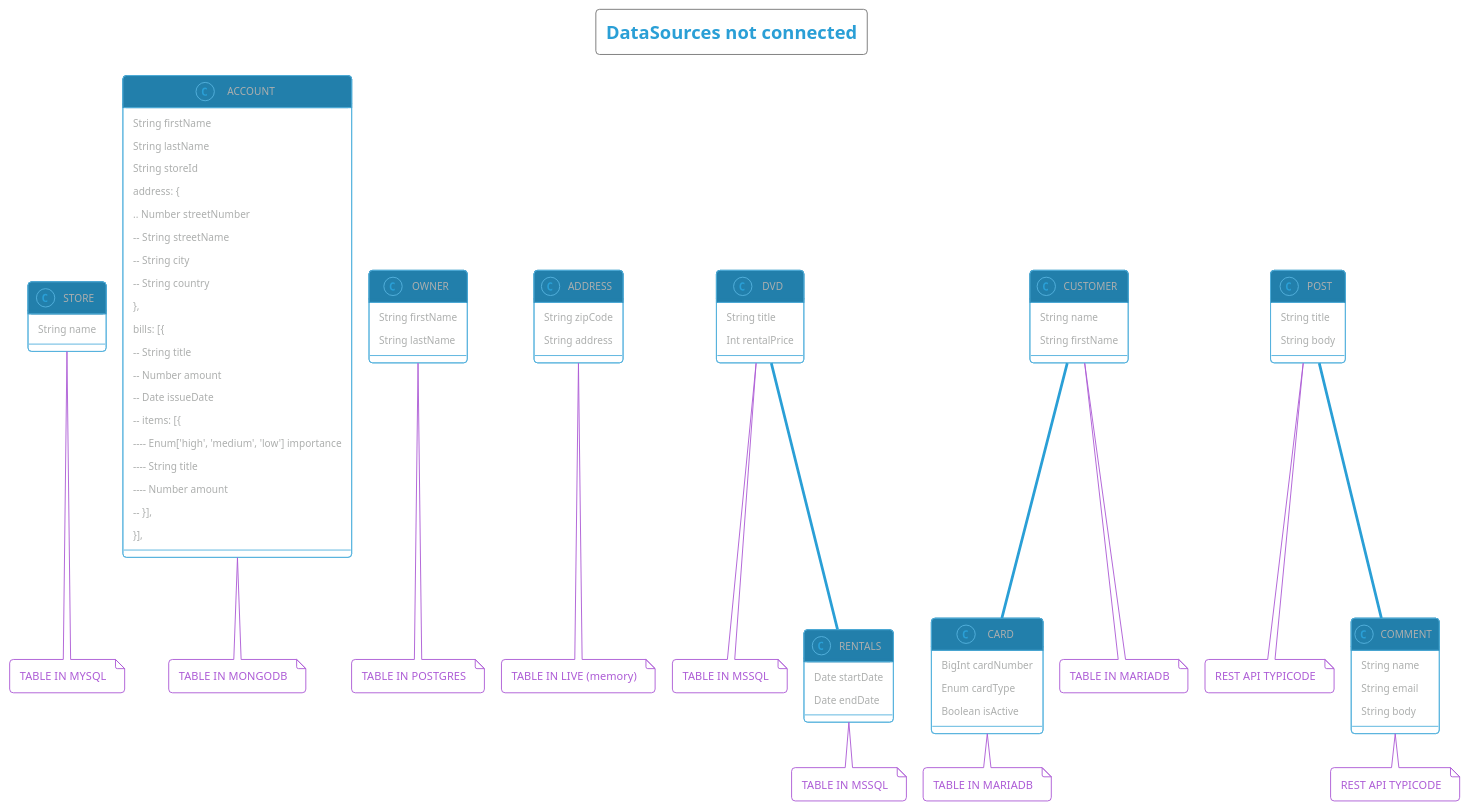
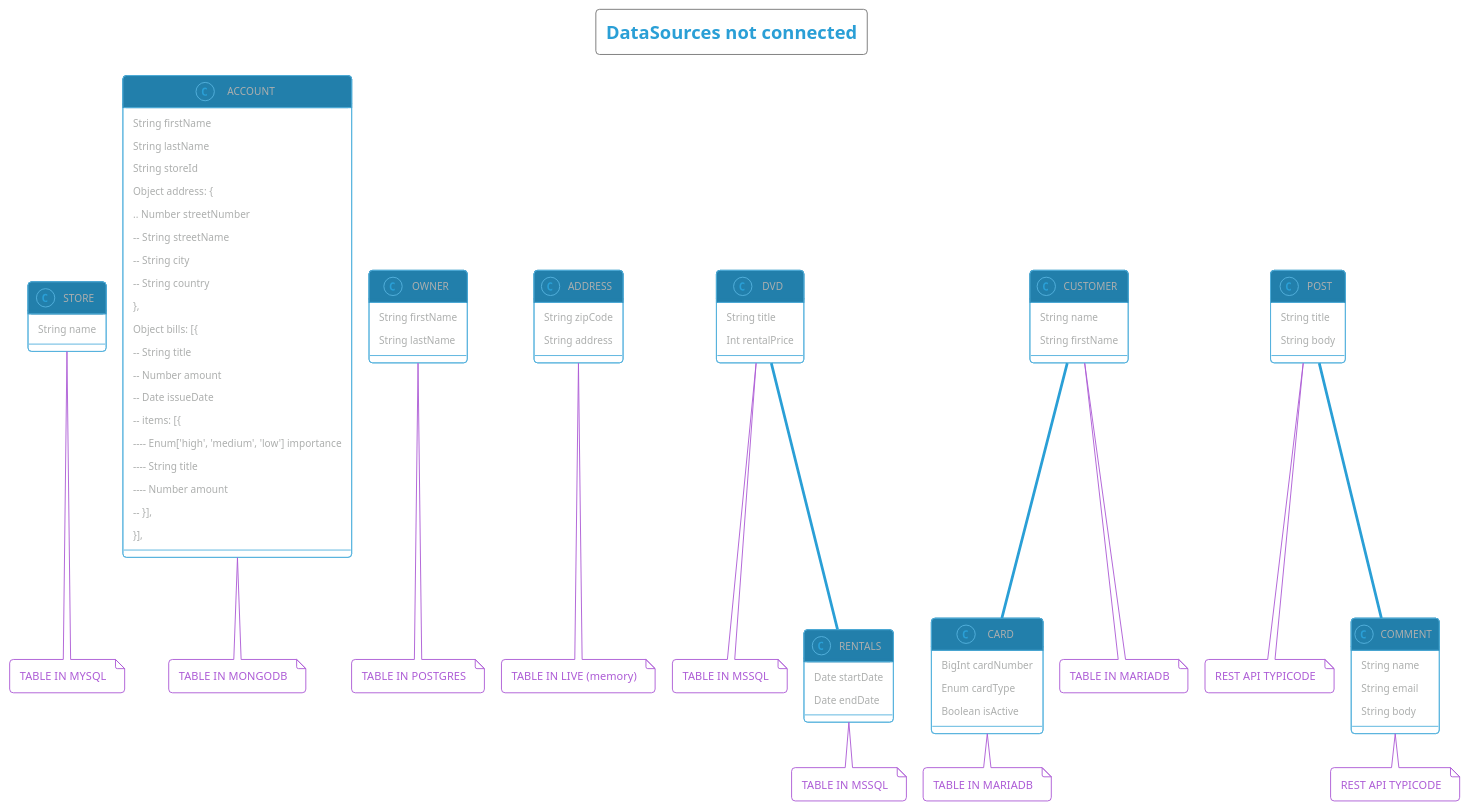
One commit to ForestAdmin/agent-nodejs changed the diagram in packages/_example/datasources.puml. Above: the diagram before and after it, drawn with PlantUML. The commit also changed 1 other file, not shown here.

Commit message:
fix: add object type

```diff
--- a/packages/_example/datasources.puml
+++ b/packages/_example/datasources.puml
@@ -1,95 +1,95 @@
 @startuml
 !pragma layout smetana
 !theme cyborg-outline
 
 title: DataSources not connected
 
 class STORE {
   String name
 }
 class STORE
 note bottom: TABLE IN MYSQL
 
 class ACCOUNT {
    String firstName
    String lastName
    String storeId
-   address: {
+   Object address: {
    .. Number streetNumber
    -- String streetName
    -- String city
    -- String country
    },
-   bills: [{
+   Object bills: [{
    -- String title
    -- Number amount
    -- Date issueDate
    -- items: [{
    ---- Enum['high', 'medium', 'low'] importance
    ---- String title
    ---- Number amount
    -- }],
   }],
 }
 class ACCOUNT
 note bottom: TABLE IN MONGODB
 
 class OWNER {
   String firstName
   String lastName
 }
 class OWNER
 note bottom: TABLE IN POSTGRES
 
 class ADDRESS {
   String zipCode
   String address
 }
 class ADDRESS
 note bottom: TABLE IN LIVE (memory)
 
 class DVD {
   String title
   Int rentalPrice
 }
 class DVD
 note bottom: TABLE IN MSSQL
 
 class RENTALS {
   Date startDate
   Date endDate
 }
 class RENTALS
 note bottom: TABLE IN MSSQL
 
 class CARD {
   BigInt cardNumber
   Enum cardType
   Boolean isActive
 }
 note bottom: TABLE IN MARIADB
 
 class CUSTOMER {
   String name
   String firstName
 }
 note bottom: TABLE IN MARIADB
 
 class POST {
   String title
   String body
 }
 note bottom: REST API TYPICODE
 
 class COMMENT {
   String name
   String email
   String body
 }
 note bottom: REST API TYPICODE
 
 POST "1" -- "*" COMMENT : has
 DVD "*" -- "*" RENTALS : has
 CUSTOMER "1" -- "*" CARD : has
 
 @enduml
```
